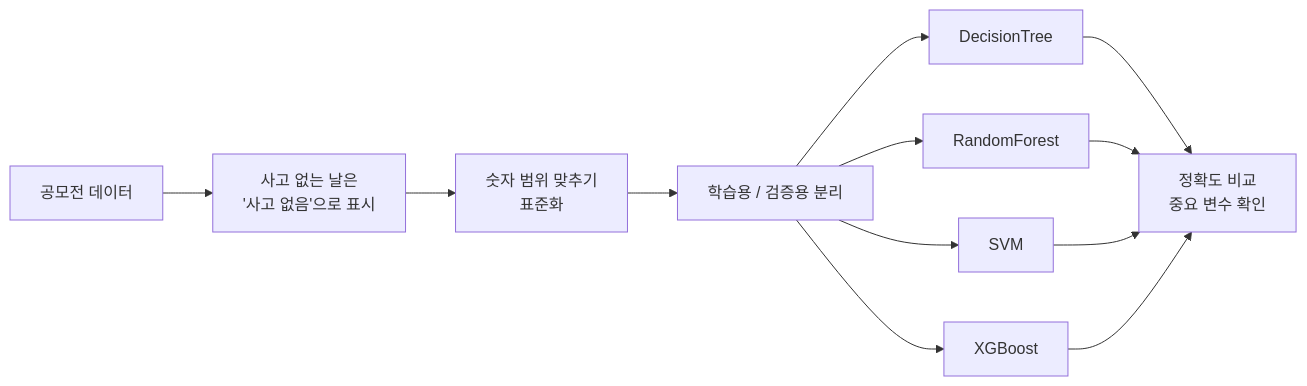
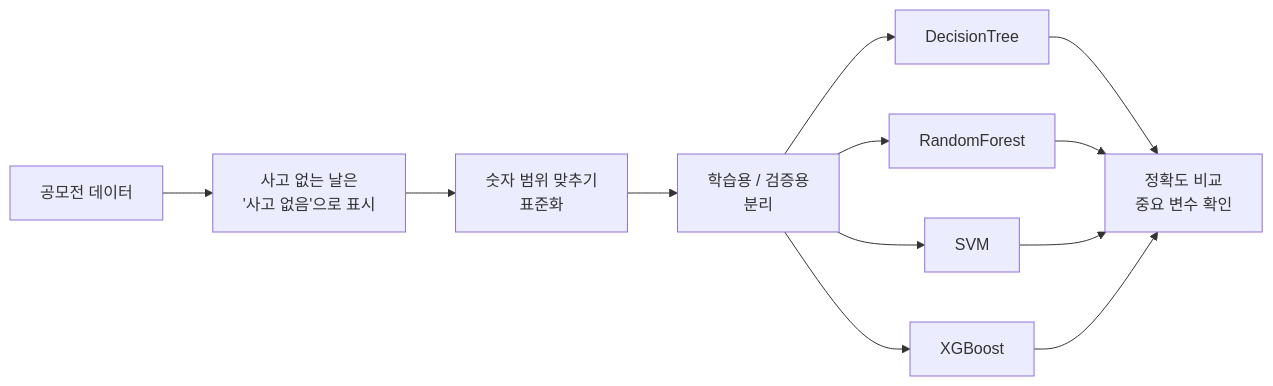
Before and after one commit to mjk022/portfolio: the diagram in 소방안전공모전/README.md, drawn with Mermaid. The commit also changed 142 other files, not shown here.

Commit message:
추천시스템 웹 체험 페이지 추가, mermaid 라벨 줄바꿈 정리

````diff
--- a/소방안전공모전/README.md
+++ b/소방안전공모전/README.md
@@ -45,11 +45,11 @@
 ```mermaid
 flowchart LR
     A[공모전 데이터] --> B[사고 없는 날은<br/>'사고 없음'으로 표시]
     B --> C[숫자 범위 맞추기<br/>표준화]
-    C --> D[학습용 / 검증용 분리]
+    C --> D[학습용 / 검증용<br/>분리]
     D --> F1[DecisionTree]
     D --> F2[RandomForest]
     D --> F3[SVM]
     D --> F4[XGBoost]
     F1 & F2 & F3 & F4 --> G[정확도 비교<br/>중요 변수 확인]
 ```
````
